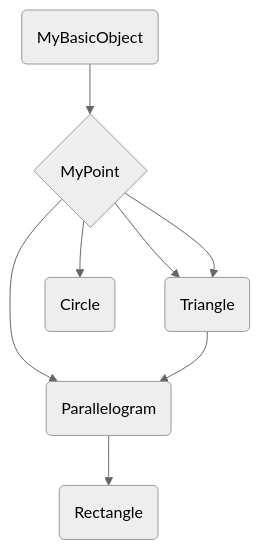
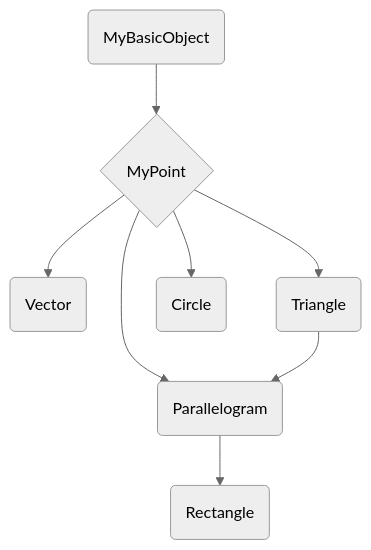
The diagram in README.md (PhantomKid/OCDemo), drawn with Mermaid (neutral theme) before and after one commit.

Commit message:
README graph amended for the third time(variable reference

````diff
--- a/README.md
+++ b/README.md
@@ -17,10 +17,10 @@
     ```mermaid
     graph TD
         A(MyBasicObject) --> B{MyPoint}
         B --> C(Vector)
-        B --> C(Triangle)
-        B --> D(Parallelogram)
-        C --> D(Parallelogram)
-        D --> E(Rectangle)
-        B --> F(Circle)
+        B --> D(Triangle)
+        B --> E(Parallelogram)
+        D --> E(Parallelogram)
+        E --> F(Rectangle)
+        B --> G(Circle)
     ```
````
